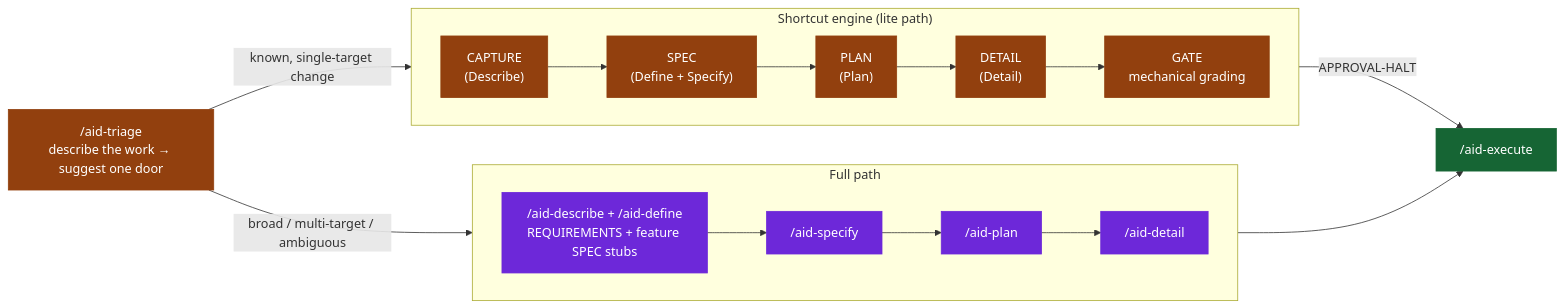
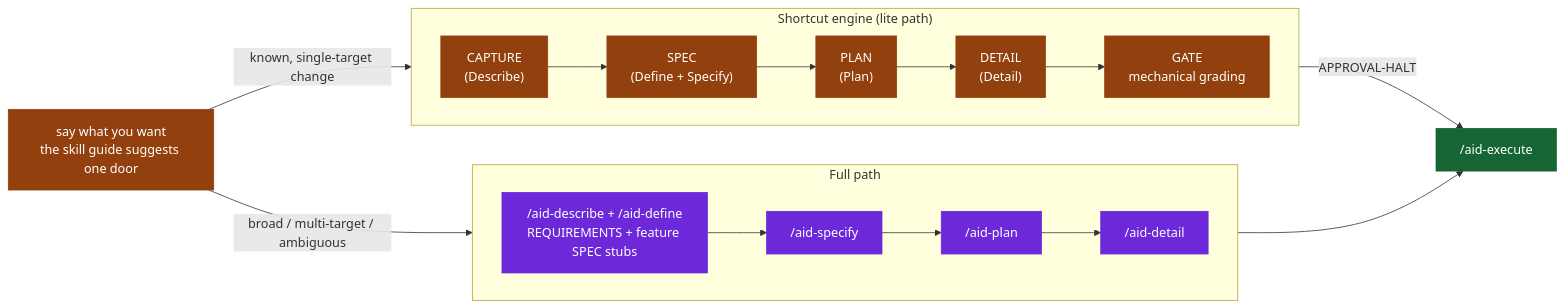
Before and after one commit to AndreVianna/aid-methodology: the fourth of 7 diagrams in docs/aid-methodology.md, drawn with Mermaid. The commit also changed other lines of this file and 17 other files, not shown here.

````diff
--- a/docs/aid-methodology.md
+++ b/docs/aid-methodology.md
@@ -553,30 +552,30 @@
 ```mermaid
 flowchart LR
     classDef def   fill:#6D28D9,stroke:#6D28D9,color:#ffffff
     classDef exe   fill:#166534,stroke:#166534,color:#ffffff
     classDef lite  fill:#92400E,stroke:#92400E,color:#ffffff
 
-    Tr["/aid-triage<br/>describe the work → suggest one door"]:::lite
+    Tr["say what you want<br/>the skill guide suggests one door"]:::lite
 
     subgraph FullPath[" Full path "]
         direction LR
         F1["/aid-describe + /aid-define<br/>REQUIREMENTS + feature SPEC stubs"]:::def
         F2["/aid-specify"]:::def
         F3["/aid-plan"]:::def
         F4["/aid-detail"]:::def
     end
     subgraph ShortcutPath[" Shortcut engine (lite path) "]
         direction LR
         L1["CAPTURE<br/>(Describe)"]:::lite
         L2["SPEC<br/>(Define + Specify)"]:::lite
         L3["PLAN<br/>(Plan)"]:::lite
         L4["DETAIL<br/>(Detail)"]:::lite
         L5["GATE<br/>mechanical grading"]:::lite
     end
     Exec["/aid-execute"]:::exe
 
     Tr -- "broad / multi-target / ambiguous" --> F1
     F1 --> F2 --> F3 --> F4 --> Exec
     Tr -- "known, single-target change" --> L1
     L1 --> L2 --> L3 --> L4 --> L5 -- "APPROVAL-HALT" --> Exec
 ```
````
